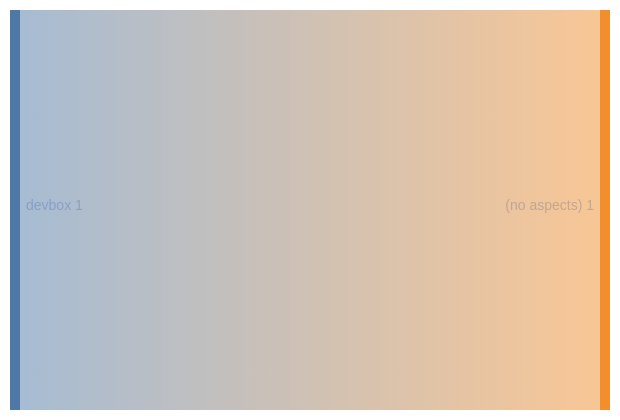
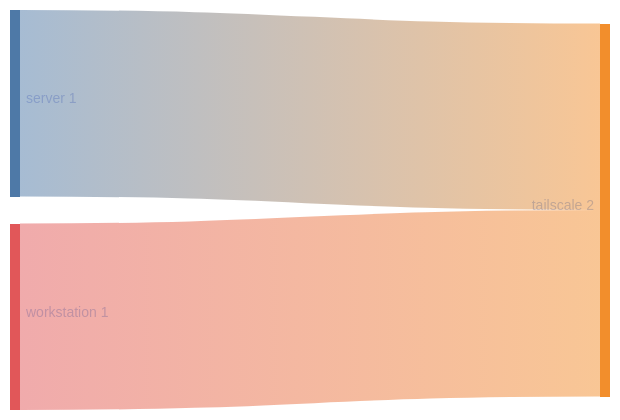
The diagram in templates/diag-fx-demo/diagrams/devbox-sankey.md (sini/den), drawn with Mermaid before and after one commit. The commit also changed 526 other files, not shown here.

Commit message:
chore: update fx diagrams

````diff
--- a/templates/diag-fx-demo/diagrams/devbox-sankey.md
+++ b/templates/diag-fx-demo/diagrams/devbox-sankey.md
@@ -5,6 +5,7 @@
 ```mermaid
 %%{init: {"theme":"base","themeVariables":{"activationBkgColor":"#313244","activationBorderColor":"#6c7086","actorBkg":"#313244","actorBorder":"#a6adc8","actorLineColor":"#a6adc8","actorTextColor":"#cdd6f4","background":"#1e1e2e","classText":"#cdd6f4","clusterBkg":"#313244","clusterBorder":"#6c7086","edgeLabelBackground":"#1e1e2e","labelBoxBkgColor":"#313244","labelBoxBorderColor":"#a6adc8","labelTextColor":"#cdd6f4","lineColor":"#a6adc8","loopTextColor":"#cdd6f4","mainBkg":"#313244","nodeBkg":"#313244","nodeBorder":"#a6adc8","nodeTextColor":"#cdd6f4","noteBkgColor":"#313244","noteBorderColor":"#6c7086","noteTextColor":"#cdd6f4","pie1":"#f38ba8","pie2":"#fab387","pie3":"#f9e2af","pie4":"#a6e3a1","pie5":"#94e2d5","pie6":"#89b4fa","pie7":"#cba6f7","pie8":"#f2cdcd","pieLegendTextColor":"#cdd6f4","pieOuterStrokeColor":"#6c7086","pieSectionTextColor":"#cdd6f4","pieStrokeColor":"#6c7086","pieTitleTextColor":"#cdd6f4","primaryBorderColor":"#a6adc8","primaryColor":"#313244","primaryTextColor":"#cdd6f4","secondBkg":"#313244","secondaryBorderColor":"#6c7086","secondaryColor":"#313244","secondaryTextColor":"#cdd6f4","sequenceNumberColor":"#1e1e2e","signalColor":"#a6adc8","signalTextColor":"#cdd6f4","tertiaryBorderColor":"#6c7086","tertiaryColor":"#313244","tertiaryTextColor":"#cdd6f4","textColor":"#cdd6f4","titleColor":"#cdd6f4"}}}%%
 sankey-beta
 
-"devbox","(no aspects)",1
+"server","tailscale",1
+"workstation","tailscale",1
 ```
````
